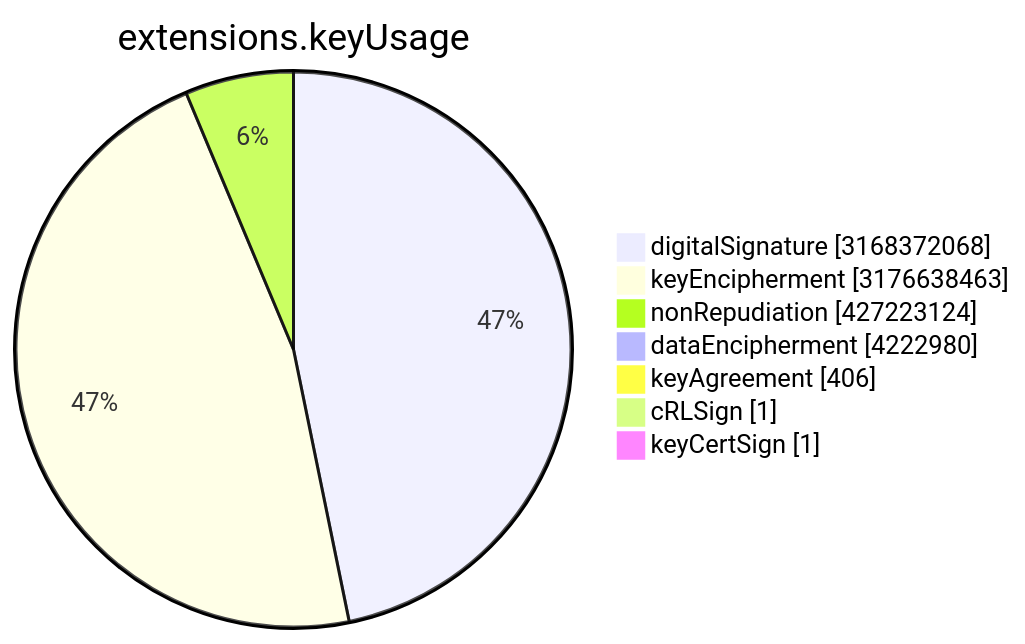
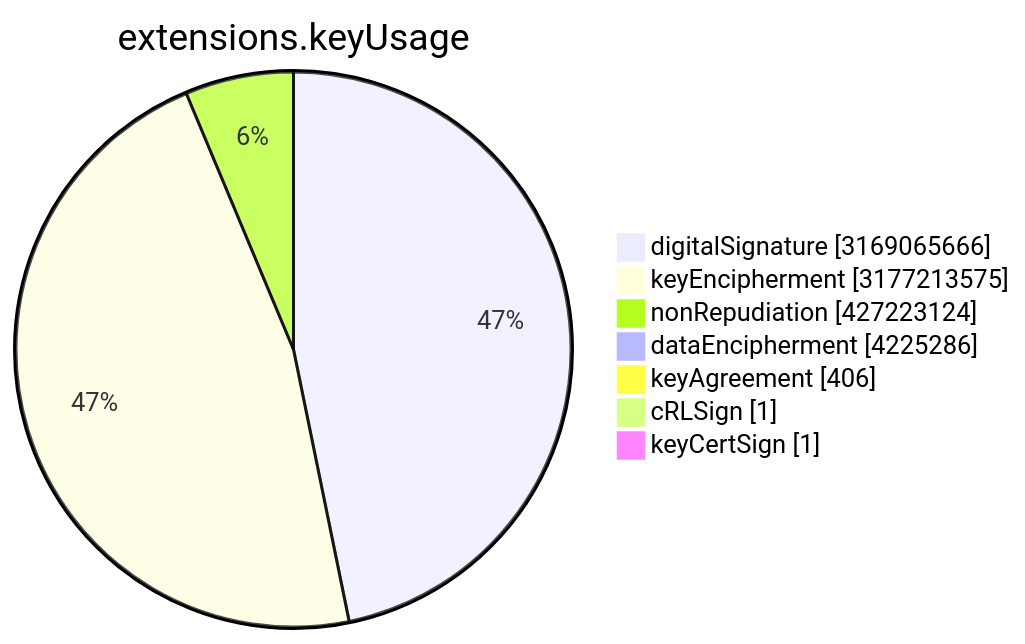
Before and after one commit to christiankrug/ctmonitor_visualization: the sixth of 15 diagrams in TOTAL/README.md, drawn with Mermaid. The commit also changed other lines of this file, not shown here.

````diff
--- a/TOTAL/README.md
+++ b/TOTAL/README.md
@@ -3077,11 +3077,11 @@
 ```mermaid
 pie showData
 title extensions.keyUsage
-"digitalSignature" :3168372068
-"keyEncipherment" :3176638463
+"digitalSignature" :3169065666
+"keyEncipherment" :3177213575
 "nonRepudiation" :427223124
-"dataEncipherment" :4222980
+"dataEncipherment" :4225286
 "keyAgreement" :406
 "cRLSign" :1
 "keyCertSign" :1
 ```
````
